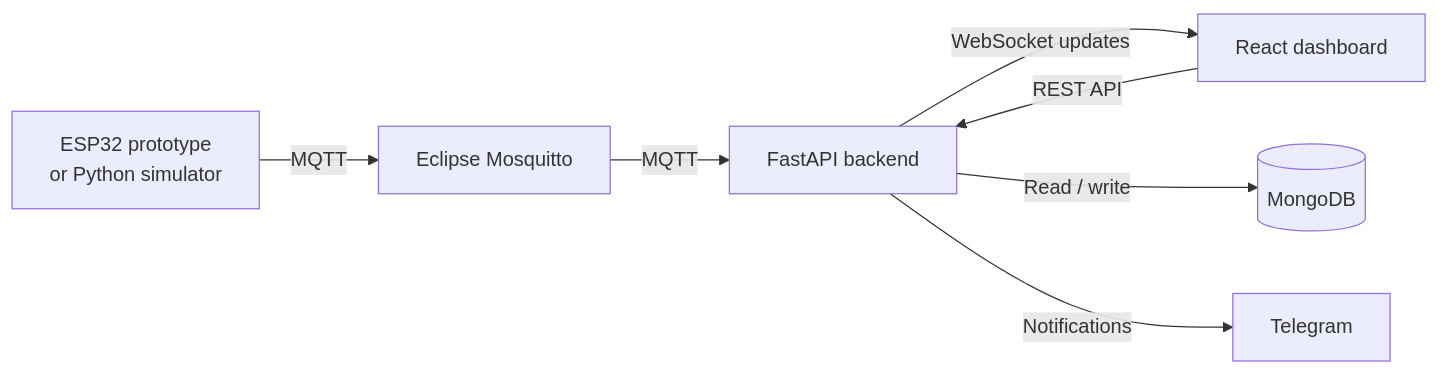
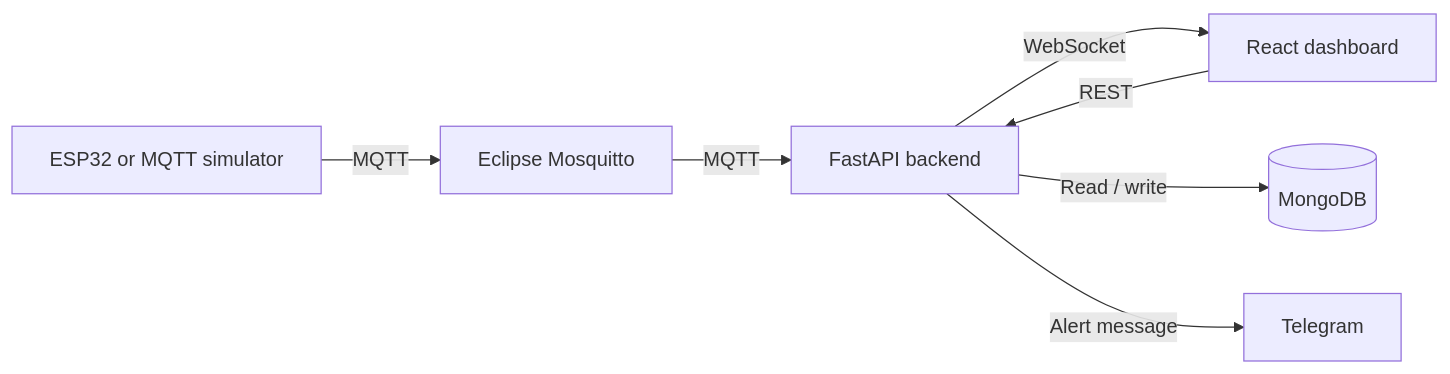
Before and after one commit to momo840505/smart-hydro-alert: the first of 2 diagrams in README.md, drawn with Mermaid. The commit also changed other lines of this file and 5 other files, not shown here.

````diff
--- a/README.md
+++ b/README.md
@@ -41,18 +26,16 @@
 ```mermaid
 flowchart LR
-    A[ESP32 prototype<br/>or Python simulator]
+    A[ESP32 or MQTT simulator]
     B[Eclipse Mosquitto]
     C[FastAPI backend]
     D[(MongoDB)]
     E[React dashboard]
     F[Telegram]
 
     A -->|MQTT| B
     B -->|MQTT| C
-
-    E -->|REST API| C
-    C -->|WebSocket updates| E
-
+    E -->|REST| C
+    C -->|WebSocket| E
     C -->|Read / write| D
-    C -->|Notifications| F
+    C -->|Alert message| F
 ```
````
